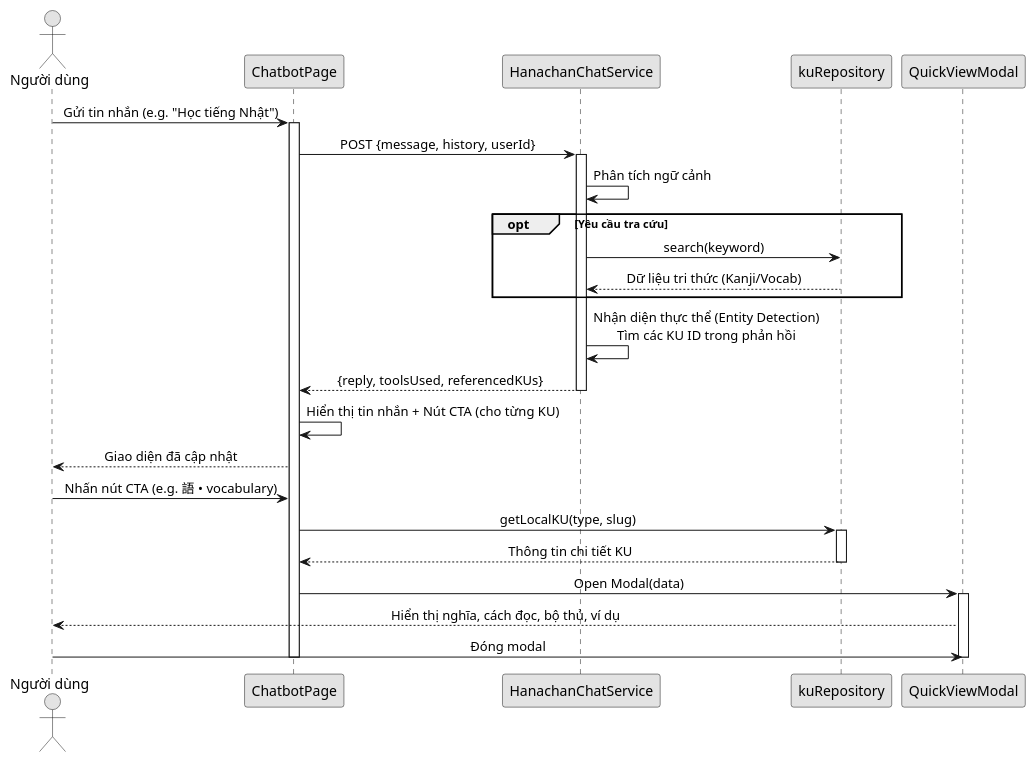
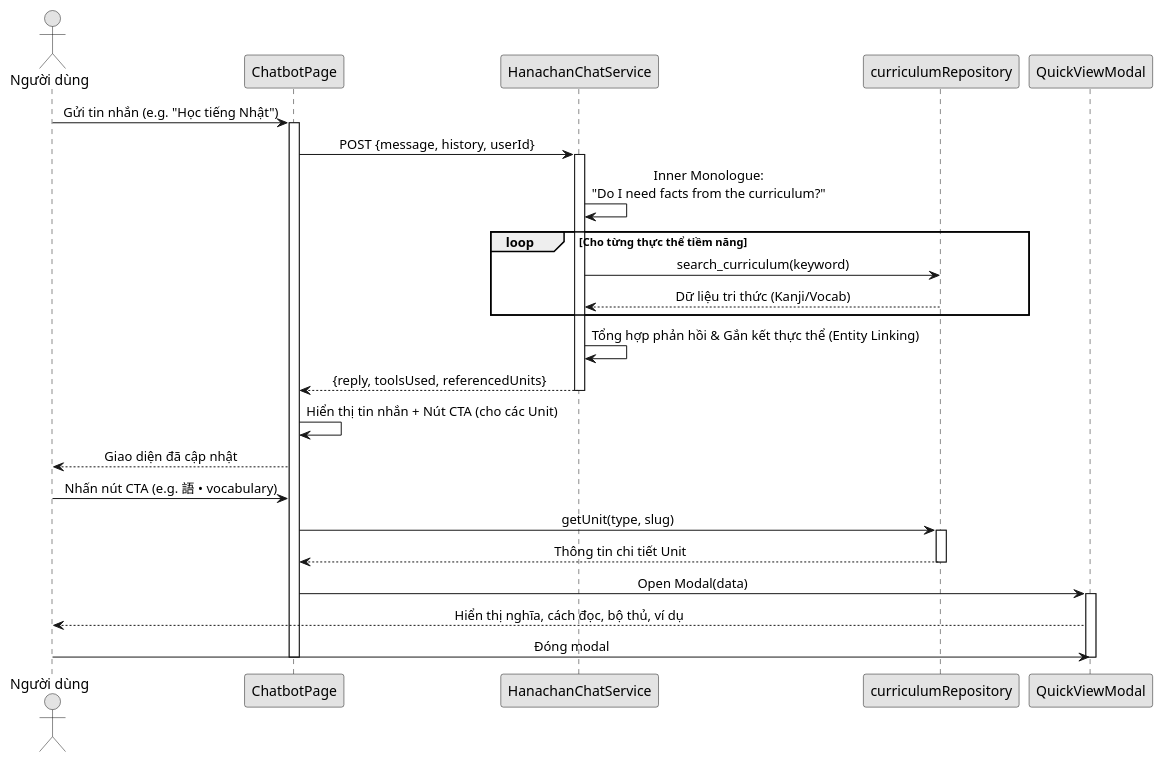
Before and after one commit to anhtranguyen-github/Hanachan: the diagram in docs/uncertain/sequence/chatbot_cta_sequence.puml, drawn with PlantUML. The commit also changed 20 other files, not shown here.

First line of the commit message:
docs(arch): update ER and package diagrams for Hanachan v2

```diff
--- a/docs/uncertain/sequence/chatbot_cta_sequence.puml
+++ b/docs/uncertain/sequence/chatbot_cta_sequence.puml
@@ -1,47 +1,47 @@
 @startuml Chatbot Agentic Sequence
 skinparam monochrome true
 skinparam shadowing false
 skinparam defaultFontName "Segoe UI"
 skinparam sequenceMessageAlign center
 
 actor "Người dùng" as User
 participant "ChatbotPage" as UI
 participant "HanachanChatService" as Agent
-participant "kuRepository" as DB
+participant "curriculumRepository" as CurriculumRepo
 participant "QuickViewModal" as Modal
 
 User -> UI : Gửi tin nhắn (e.g. "Học tiếng Nhật")
 activate UI
 UI -> Agent : POST {message, history, userId}
 activate Agent
 
-Agent -> Agent : Phân tích ngữ cảnh
+Agent -> Agent : Inner Monologue:\n"Do I need facts from the curriculum?"
 
-opt Yêu cầu tra cứu
-    Agent -> DB : search(keyword)
-    DB --> Agent : Dữ liệu tri thức (Kanji/Vocab)
+loop Cho từng thực thể tiềm năng
+    Agent -> CurriculumRepo : search_curriculum(keyword)
+    CurriculumRepo --> Agent : Dữ liệu tri thức (Kanji/Vocab)
 end
 
-Agent -> Agent : Nhận diện thực thể (Entity Detection)\nTìm các KU ID trong phản hồi
+Agent -> Agent : Tổng hợp phản hồi & Gắn kết thực thể (Entity Linking)
 
-Agent --> UI : {reply, toolsUsed, referencedKUs}
+Agent --> UI : {reply, toolsUsed, referencedUnits}
 deactivate Agent
 
-UI -> UI : Hiển thị tin nhắn + Nút CTA (cho từng KU)
+UI -> UI : Hiển thị tin nhắn + Nút CTA (cho các Unit)
 UI --> User : Giao diện đã cập nhật
 
 User -> UI : Nhấn nút CTA (e.g. 語 • vocabulary)
-UI -> DB : getLocalKU(type, slug)
-activate DB
-DB --> UI : Thông tin chi tiết KU
-deactivate DB
+UI -> CurriculumRepo : getUnit(type, slug)
+activate CurriculumRepo
+CurriculumRepo --> UI : Thông tin chi tiết Unit
+deactivate CurriculumRepo
 
 UI -> Modal : Open Modal(data)
 activate Modal
 Modal --> User : Hiển thị nghĩa, cách đọc, bộ thủ, ví dụ
 User -> Modal : Đóng modal
 deactivate Modal
 
 deactivate UI
 
 @enduml
```
